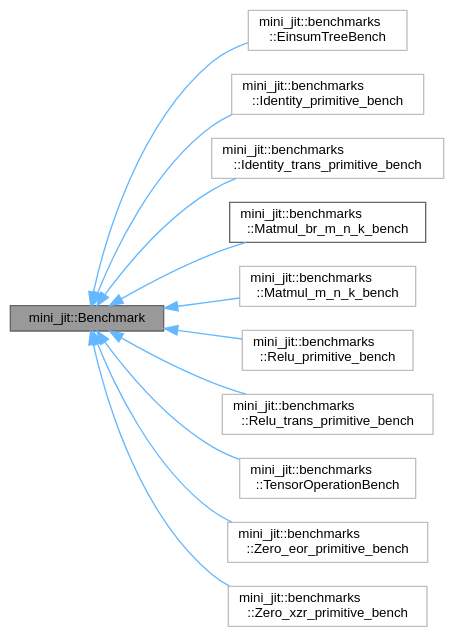
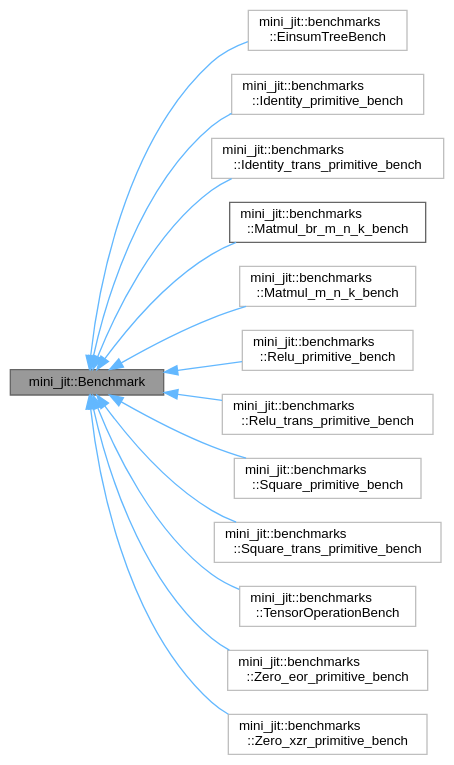
One commit to Shad00Z/machine-learning-compilers changed the diagram in classmini__jit_1_1Benchmark__inherit__graph.dot. Above: the diagram before and after it, drawn with Graphviz. The commit also changed 48 other files, not shown here.

```diff
--- a/classmini__jit_1_1Benchmark__inherit__graph.dot
+++ b/classmini__jit_1_1Benchmark__inherit__graph.dot
@@ -1,29 +1,33 @@
 digraph "mini_jit::Benchmark"
 {
  // LATEX_PDF_SIZE
   bgcolor="transparent";
   edge [fontname=Helvetica,fontsize=10,labelfontname=Helvetica,labelfontsize=10];
   node [fontname=Helvetica,fontsize=10,shape=box,height=0.2,width=0.4];
   rankdir="LR";
   Node1 [id="Node000001",label="mini_jit::Benchmark",height=0.2,width=0.4,color="gray40", fillcolor="grey60", style="filled", fontcolor="black",tooltip=" "];
   Node1 -> Node2 [id="edge1_Node000001_Node000002",dir="back",color="steelblue1",style="solid",tooltip=" "];
   Node2 [id="Node000002",label="mini_jit::benchmarks\l::EinsumTreeBench",height=0.2,width=0.4,color="grey75", fillcolor="white", style="filled",URL="$classmini__jit_1_1benchmarks_1_1EinsumTreeBench.html",tooltip=" "];
   Node1 -> Node3 [id="edge2_Node000001_Node000003",dir="back",color="steelblue1",style="solid",tooltip=" "];
   Node3 [id="Node000003",label="mini_jit::benchmarks\l::Identity_primitive_bench",height=0.2,width=0.4,color="grey75", fillcolor="white", style="filled",URL="$classmini__jit_1_1benchmarks_1_1Identity__primitive__bench.html",tooltip=" "];
   Node1 -> Node4 [id="edge3_Node000001_Node000004",dir="back",color="steelblue1",style="solid",tooltip=" "];
   Node4 [id="Node000004",label="mini_jit::benchmarks\l::Identity_trans_primitive_bench",height=0.2,width=0.4,color="grey75", fillcolor="white", style="filled",URL="$classmini__jit_1_1benchmarks_1_1Identity__trans__primitive__bench.html",tooltip=" "];
   Node1 -> Node5 [id="edge4_Node000001_Node000005",dir="back",color="steelblue1",style="solid",tooltip=" "];
   Node5 [id="Node000005",label="mini_jit::benchmarks\l::Matmul_br_m_n_k_bench",height=0.2,width=0.4,color="gray40", fillcolor="white", style="filled",URL="$classmini__jit_1_1benchmarks_1_1Matmul__br__m__n__k__bench.html",tooltip="Benchmark for matrix multiplication using BRGEMM."];
   Node1 -> Node6 [id="edge5_Node000001_Node000006",dir="back",color="steelblue1",style="solid",tooltip=" "];
   Node6 [id="Node000006",label="mini_jit::benchmarks\l::Matmul_m_n_k_bench",height=0.2,width=0.4,color="grey75", fillcolor="white", style="filled",URL="$classmini__jit_1_1benchmarks_1_1Matmul__m__n__k__bench.html",tooltip=" "];
   Node1 -> Node7 [id="edge6_Node000001_Node000007",dir="back",color="steelblue1",style="solid",tooltip=" "];
   Node7 [id="Node000007",label="mini_jit::benchmarks\l::Relu_primitive_bench",height=0.2,width=0.4,color="grey75", fillcolor="white", style="filled",URL="$classmini__jit_1_1benchmarks_1_1Relu__primitive__bench.html",tooltip=" "];
   Node1 -> Node8 [id="edge7_Node000001_Node000008",dir="back",color="steelblue1",style="solid",tooltip=" "];
   Node8 [id="Node000008",label="mini_jit::benchmarks\l::Relu_trans_primitive_bench",height=0.2,width=0.4,color="grey75", fillcolor="white", style="filled",URL="$classmini__jit_1_1benchmarks_1_1Relu__trans__primitive__bench.html",tooltip=" "];
   Node1 -> Node9 [id="edge8_Node000001_Node000009",dir="back",color="steelblue1",style="solid",tooltip=" "];
-  Node9 [id="Node000009",label="mini_jit::benchmarks\l::TensorOperationBench",height=0.2,width=0.4,color="grey75", fillcolor="white", style="filled",URL="$classmini__jit_1_1benchmarks_1_1TensorOperationBench.html",tooltip=" "];
+  Node9 [id="Node000009",label="mini_jit::benchmarks\l::Square_primitive_bench",height=0.2,width=0.4,color="grey75", fillcolor="white", style="filled",URL="$classmini__jit_1_1benchmarks_1_1Square__primitive__bench.html",tooltip=" "];
   Node1 -> Node10 [id="edge9_Node000001_Node000010",dir="back",color="steelblue1",style="solid",tooltip=" "];
-  Node10 [id="Node000010",label="mini_jit::benchmarks\l::Zero_eor_primitive_bench",height=0.2,width=0.4,color="grey75", fillcolor="white", style="filled",URL="$classmini__jit_1_1benchmarks_1_1Zero__eor__primitive__bench.html",tooltip=" "];
+  Node10 [id="Node000010",label="mini_jit::benchmarks\l::Square_trans_primitive_bench",height=0.2,width=0.4,color="grey75", fillcolor="white", style="filled",URL="$classmini__jit_1_1benchmarks_1_1Square__trans__primitive__bench.html",tooltip=" "];
   Node1 -> Node11 [id="edge10_Node000001_Node000011",dir="back",color="steelblue1",style="solid",tooltip=" "];
-  Node11 [id="Node000011",label="mini_jit::benchmarks\l::Zero_xzr_primitive_bench",height=0.2,width=0.4,color="grey75", fillcolor="white", style="filled",URL="$classmini__jit_1_1benchmarks_1_1Zero__xzr__primitive__bench.html",tooltip=" "];
+  Node11 [id="Node000011",label="mini_jit::benchmarks\l::TensorOperationBench",height=0.2,width=0.4,color="grey75", fillcolor="white", style="filled",URL="$classmini__jit_1_1benchmarks_1_1TensorOperationBench.html",tooltip=" "];
+  Node1 -> Node12 [id="edge11_Node000001_Node000012",dir="back",color="steelblue1",style="solid",tooltip=" "];
+  Node12 [id="Node000012",label="mini_jit::benchmarks\l::Zero_eor_primitive_bench",height=0.2,width=0.4,color="grey75", fillcolor="white", style="filled",URL="$classmini__jit_1_1benchmarks_1_1Zero__eor__primitive__bench.html",tooltip=" "];
+  Node1 -> Node13 [id="edge12_Node000001_Node000013",dir="back",color="steelblue1",style="solid",tooltip=" "];
+  Node13 [id="Node000013",label="mini_jit::benchmarks\l::Zero_xzr_primitive_bench",height=0.2,width=0.4,color="grey75", fillcolor="white", style="filled",URL="$classmini__jit_1_1benchmarks_1_1Zero__xzr__primitive__bench.html",tooltip=" "];
 }
```
